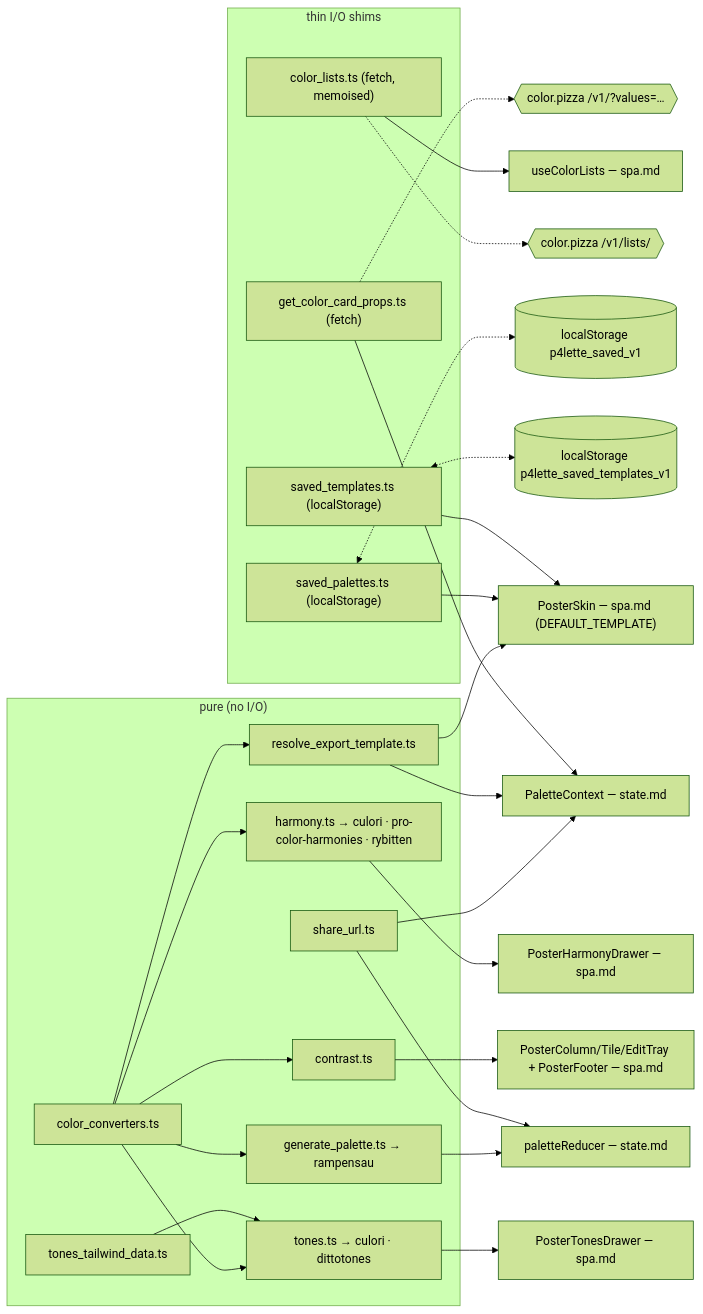
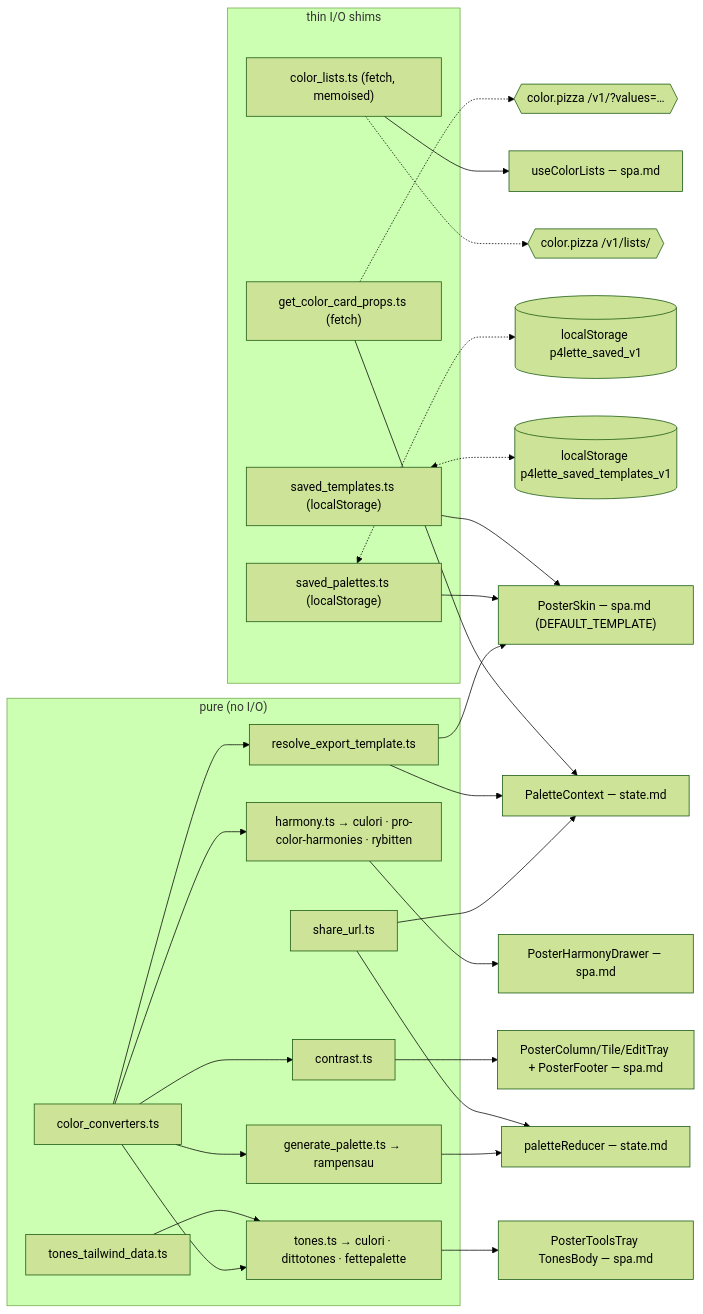
The diagram in SPEC/TARGET/color.md (p4stoboy/p4lette), drawn with Mermaid (forest theme) before and after one commit. The commit also changed other lines of this file and 9 other files, not shown here.

First line of the commit message:
feat(tones): fettepalette HSV-curve scale; matched-shade caption on DITTOTONES

````diff
--- a/SPEC/TARGET/color.md
+++ b/SPEC/TARGET/color.md
@@ -277,37 +283,37 @@
 ```mermaid
 flowchart LR
   subgraph pure["pure (no I/O)"]
     cc["color_converters.ts"]
     gp["generate_palette.ts → rampensau"]
     hm["harmony.ts → culori · pro-color-harmonies · rybitten"]
-    tn["tones.ts → culori · dittotones"]
+    tn["tones.ts → culori · dittotones · fettepalette"]
     td["tones_tailwind_data.ts"]
     ct["contrast.ts"]
     rt["resolve_export_template.ts"]
     su["share_url.ts"]
   end
   subgraph io["thin I/O shims"]
     gcn["get_color_card_props.ts (fetch)"]
     cl["color_lists.ts (fetch, memoised)"]
     sp["saved_palettes.ts (localStorage)"]
     st["saved_templates.ts (localStorage)"]
   end
   cc --> gp & hm & tn & ct & rt
   td --> tn
   gp --> red["paletteReducer — state.md"]
   su --> red
   su --> pctx["PaletteContext — state.md"]
   rt --> pctx
   gcn --> pctx
   rt --> skin["PosterSkin — spa.md (DEFAULT_TEMPLATE)"]
   hm --> hd["PosterHarmonyDrawer — spa.md"]
-  tn --> tld["PosterTonesDrawer — spa.md"]
+  tn --> tld["PosterToolsTray TonesBody — spa.md"]
   ct --> swatch["PosterColumn/Tile/EditTray + PosterFooter — spa.md"]
   cl --> ucl["useColorLists — spa.md"]
   sp --> skin
   st --> skin
   gcn -.-> pizza1{{"color.pizza /v1/?values=…"}}
   cl -.-> pizza2{{"color.pizza /v1/lists/"}}
   sp <-.-> ls1[("localStorage p4lette_saved_v1")]
   st <-.-> ls2[("localStorage p4lette_saved_templates_v1")]
 ```
````
